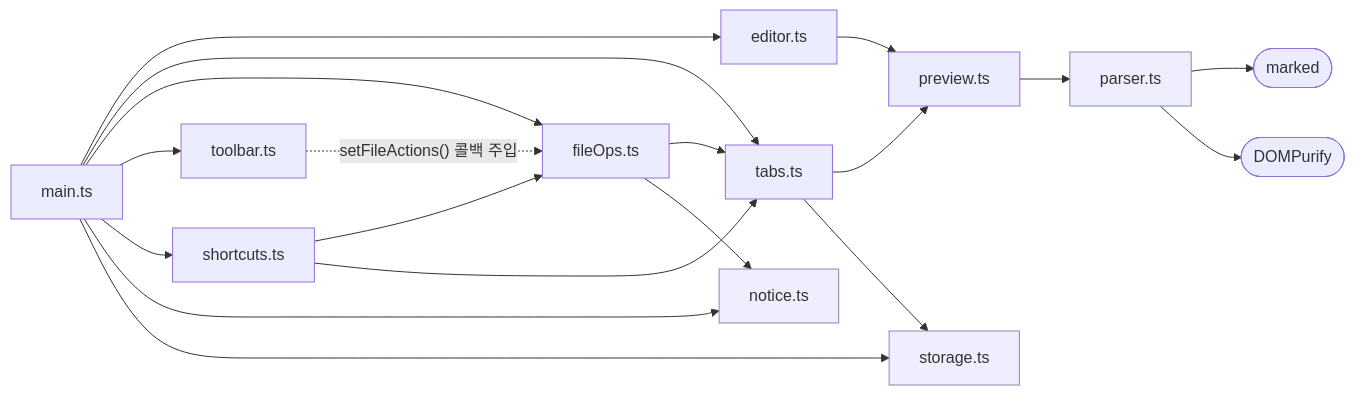
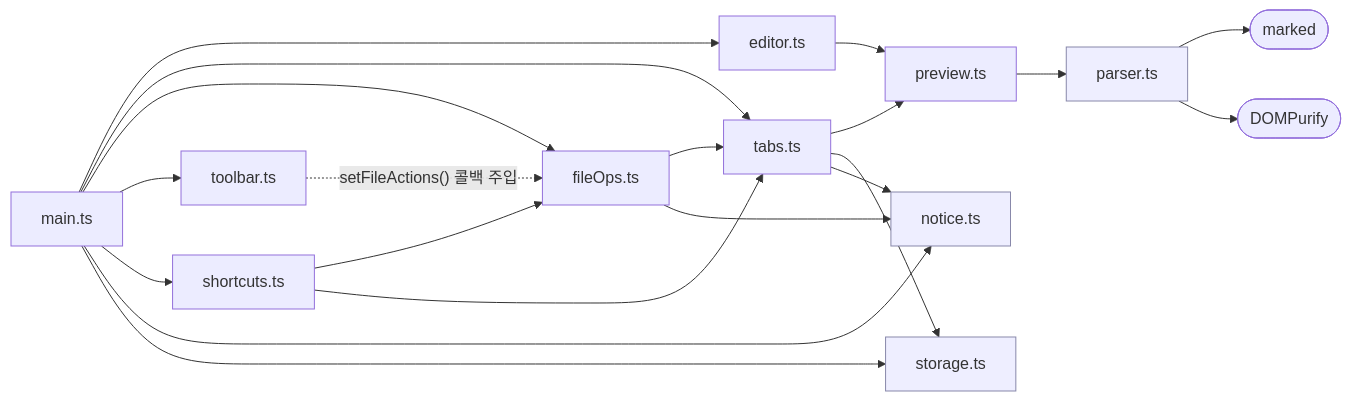
The diagram in docs/architecture/traceability.md (devworld-ltd/markdownEditor), drawn with Mermaid before and after one commit. The commit also changed other lines of this file and 23 other files, not shown here.

````diff
--- a/docs/architecture/traceability.md
+++ b/docs/architecture/traceability.md
@@ -35,26 +38,27 @@
 ```mermaid
 graph LR
   main["main.ts"] --> editor["editor.ts"]
   main --> tabs["tabs.ts"]
   main --> fileOps["fileOps.ts"]
   main --> toolbar["toolbar.ts"]
   main --> shortcuts["shortcuts.ts"]
   main --> notice["notice.ts"]
   main --> storage["storage.ts"]
 
   editor --> preview["preview.ts"]
   tabs --> preview
   tabs --> storage
   preview --> parser["parser.ts"]
   parser --> marked(["marked"])
   parser --> purify(["DOMPurify"])
 
   fileOps --> tabs
   fileOps --> notice
+  tabs --> notice
   shortcuts --> fileOps
   shortcuts --> tabs
   toolbar -. "setFileActions() 콜백 주입" .-> fileOps
 
   classDef leaf fill:#eef,stroke:#88a
   class parser,storage,notice leaf
 ```
````
